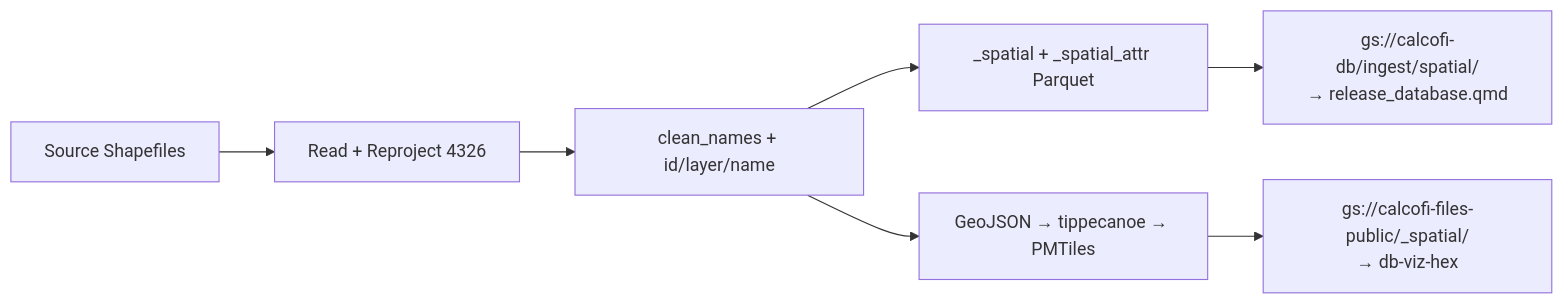
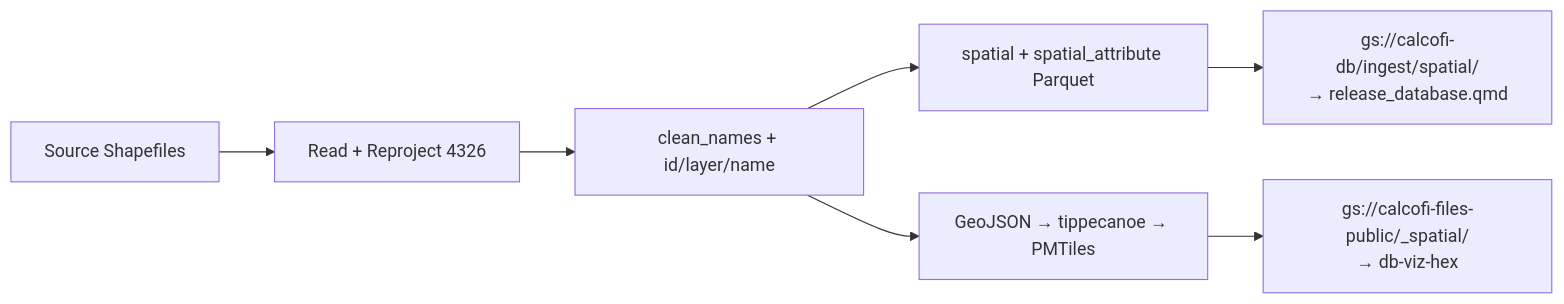
The diagram in ingest_spatial.qmd (CalCOFI/workflows), drawn with Mermaid before and after one commit. The commit also changed other lines of this file and 3 other files, not shown here.

````diff
--- a/ingest_spatial.qmd
+++ b/ingest_spatial.qmd
@@ -39,9 +39,9 @@
 ```{mermaid}
 graph LR
   A[Source Shapefiles] --> B[Read + Reproject 4326]
   B --> C["clean_names + id/layer/name"]
-  C --> D["_spatial + _spatial_attr Parquet"]
+  C --> D["spatial + spatial_attribute Parquet"]
   C --> E["GeoJSON → tippecanoe → PMTiles"]
   D --> F["gs://calcofi-db/ingest/spatial/<br/>→ release_database.qmd"]
   E --> G["gs://calcofi-files-public/_spatial/<br/>→ db-viz-hex"]
 ```
````
